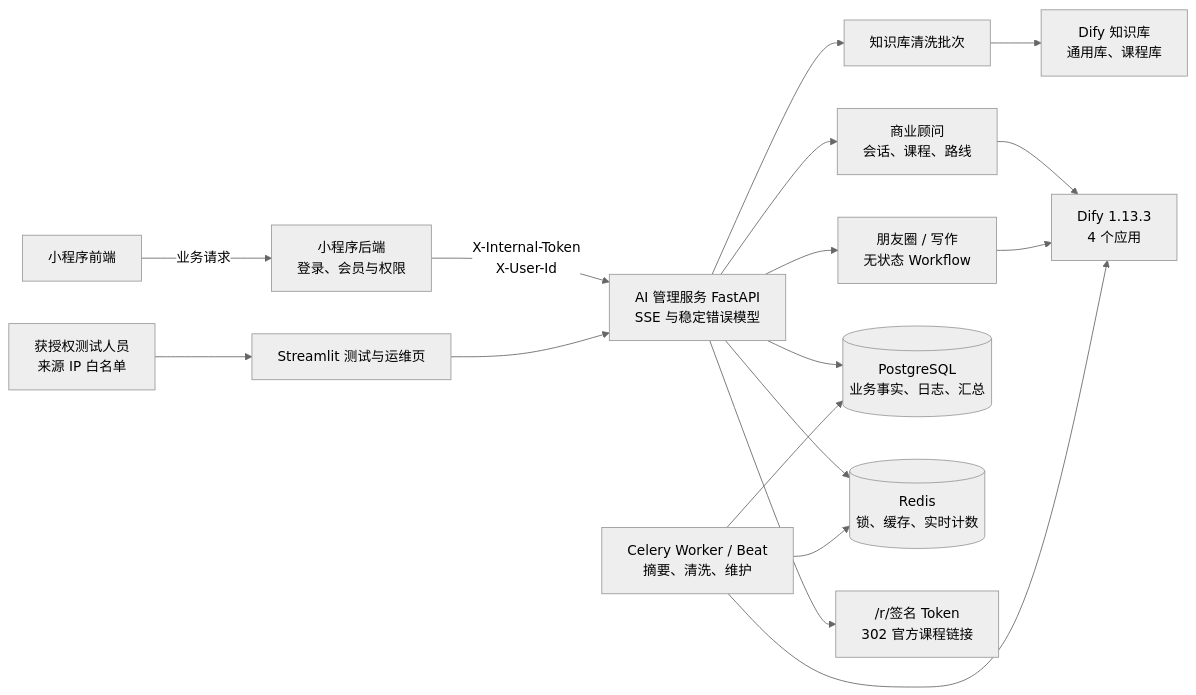
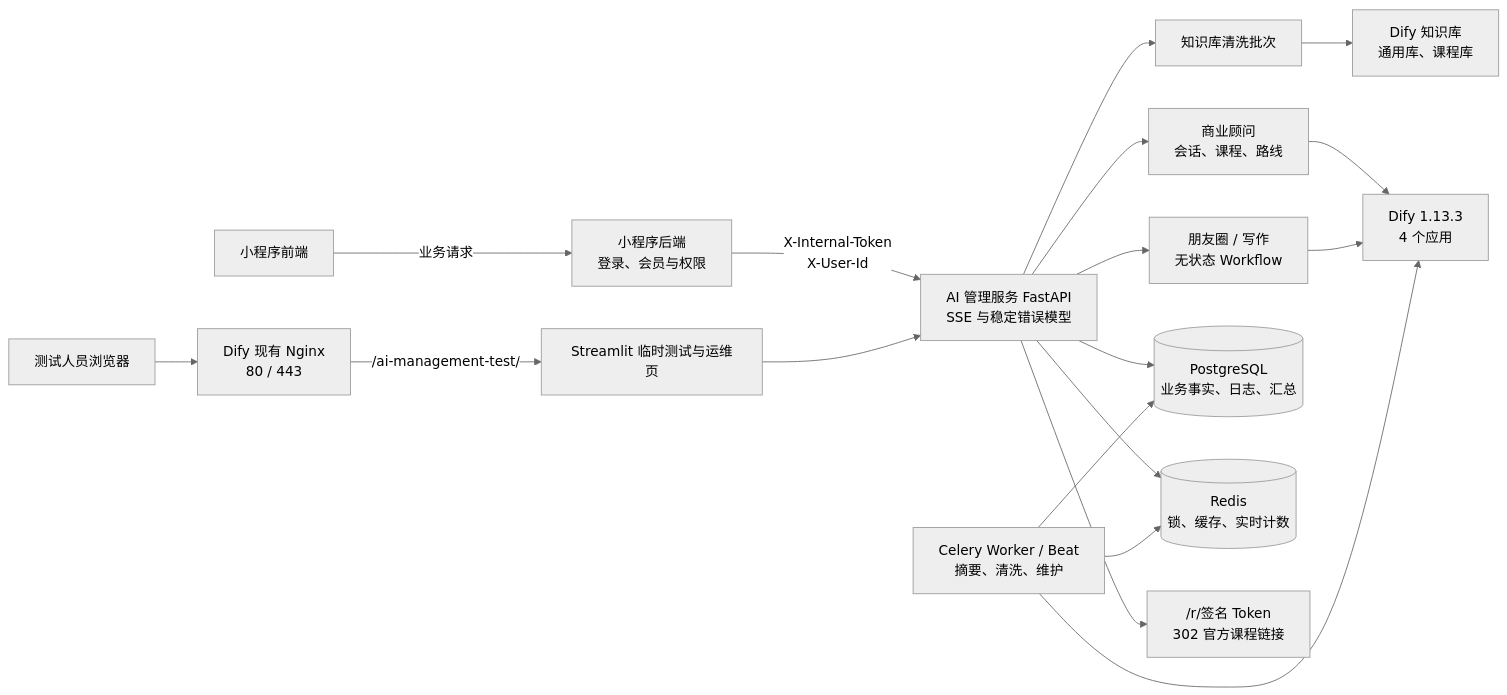
One commit to tianyeruci/jx changed the diagram in docs/V2交接文档-2026-07-27.md. Above: the diagram before and after it, drawn with Mermaid (neutral theme). The commit also changed other lines of this file and 9 other files, not shown here.

Commit message:
fix: proxy test ui through existing dify gateway

````diff
--- a/docs/V2交接文档-2026-07-27.md
+++ b/docs/V2交接文档-2026-07-27.md
@@ -27,19 +27,20 @@
 ```mermaid
 flowchart LR
     MP["小程序前端"] -->|"业务请求"| MB["小程序后端\n登录、会员与权限"]
     MB -->|"X-Internal-Token\nX-User-Id"| API["AI 管理服务 FastAPI\nSSE 与稳定错误模型"]
     API --> BC["商业顾问\n会话、课程、路线"]
     API --> TOOLS["朋友圈 / 写作\n无状态 Workflow"]
     API --> CLEAN["知识库清洗批次"]
     API --> DB[("PostgreSQL\n业务事实、日志、汇总")]
     API --> REDIS[("Redis\n锁、缓存、实时计数")]
     BC --> DIFY["Dify 1.13.3\n4 个应用"]
     TOOLS --> DIFY
     CLEAN --> DIFYK["Dify 知识库\n通用库、课程库"]
     WORKER["Celery Worker / Beat\n摘要、清洗、维护"] --> DB
     WORKER --> REDIS
     WORKER --> DIFY
     API --> LINK["/r/签名 Token\n302 官方课程链接"]
-    OPS["Streamlit 测试与运维页"] --> API
-    ADMIN["获授权测试人员\n来源 IP 白名单"] --> OPS
+    OPS["Streamlit 临时测试与运维页"] --> API
+    ADMIN["测试人员浏览器"] --> NGINX["Dify 现有 Nginx\n80 / 443"]
+    NGINX -->|"/ai-management-test/"| OPS
 ```
````
